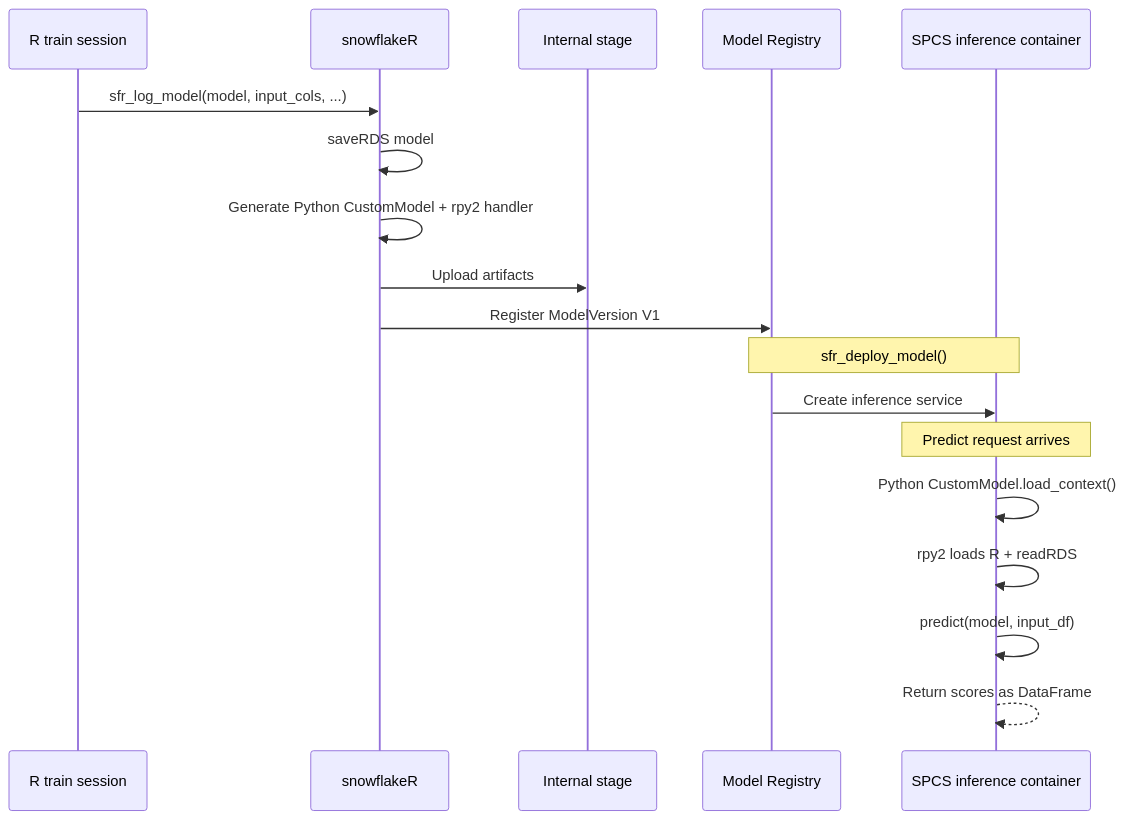
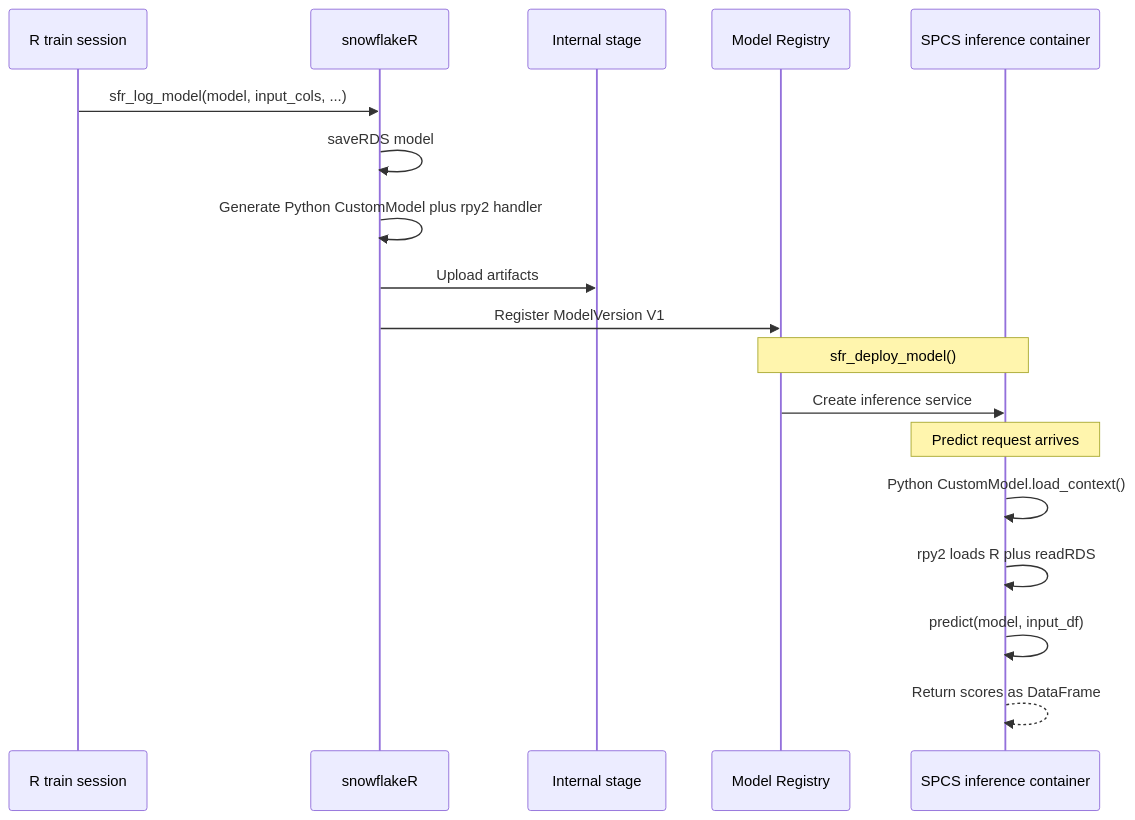
Before and after one commit to Snowflake-Labs/snowflakeR: the second of 4 diagrams in guide/Hitchhikers_Guide_to_R_in_Snowflake/18_model_registry/index.qmd, drawn with Mermaid. The commit also changed other lines of this file and 61 other files, not shown here.

````diff
--- a/guide/Hitchhikers_Guide_to_R_in_Snowflake/18_model_registry/index.qmd
+++ b/guide/Hitchhikers_Guide_to_R_in_Snowflake/18_model_registry/index.qmd
@@ -97,23 +125,23 @@
 ```{mermaid}
 sequenceDiagram
   participant R as R train session
   participant SFR as snowflakeR
   participant ST as Internal stage
   participant REG as Model Registry
   participant SPCS as SPCS inference container
 
   R->>SFR: sfr_log_model(model, input_cols, ...)
   SFR->>SFR: saveRDS model
-  SFR->>SFR: Generate Python CustomModel + rpy2 handler
+  SFR->>SFR: Generate Python CustomModel plus rpy2 handler
   SFR->>ST: Upload artifacts
   SFR->>REG: Register ModelVersion V1
 
   Note over REG,SPCS: sfr_deploy_model()
   REG->>SPCS: Create inference service
 
   Note over SPCS: Predict request arrives
   SPCS->>SPCS: Python CustomModel.load_context()
-  SPCS->>SPCS: rpy2 loads R + readRDS
+  SPCS->>SPCS: rpy2 loads R plus readRDS
   SPCS->>SPCS: predict(model, input_df)
   SPCS-->>SPCS: Return scores as DataFrame
 ```
````
